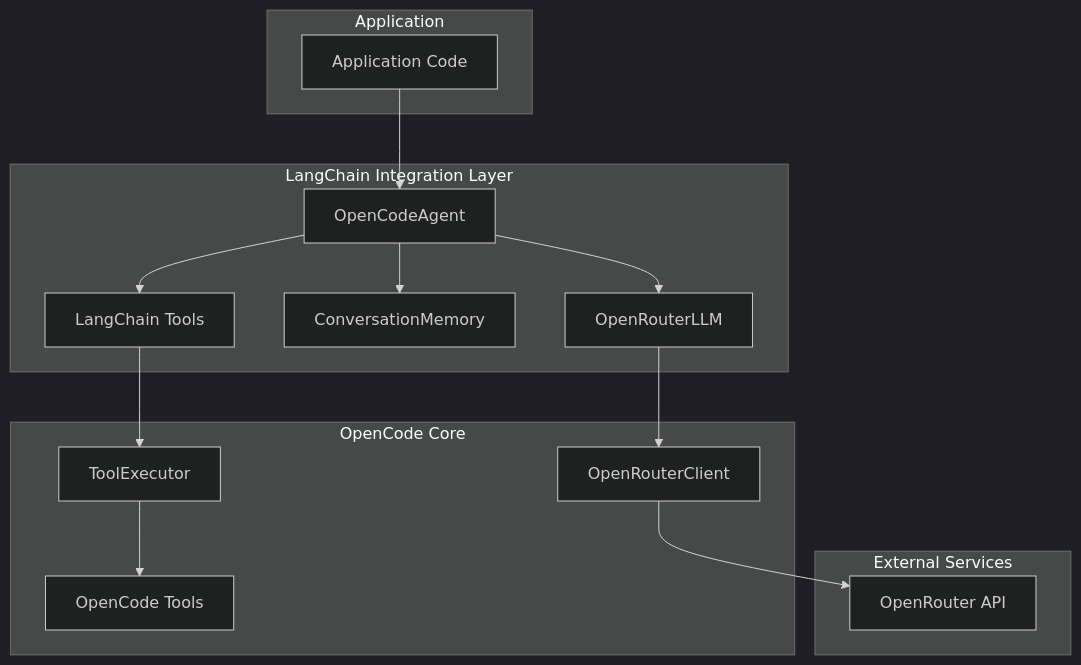
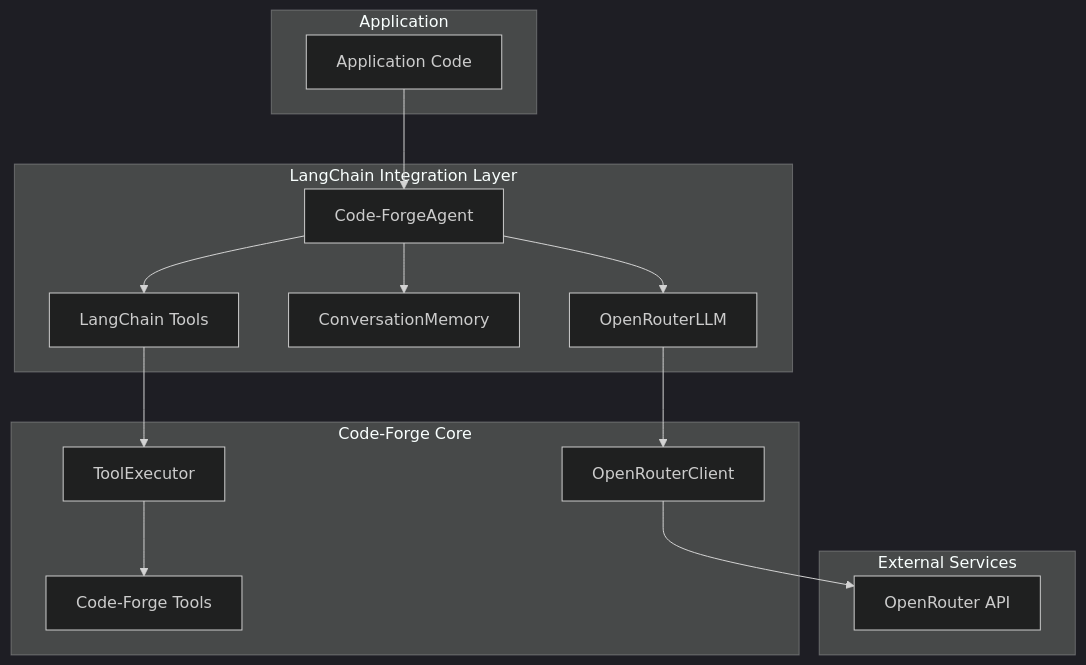
Diagram 14 of 14 in .ai/phase/3.2/UML.md (corey-rosamond/Code-Forge), drawn with Mermaid (dark theme) before and after one commit. The commit also changed other lines of this file and 505 other files, not shown here.

First line of the commit message:
Rename project from OpenCode to Code-Forge

````diff
--- a/.ai/phase/3.2/UML.md
+++ b/.ai/phase/3.2/UML.md
@@ -604,34 +604,34 @@
 ```mermaid
 flowchart TB
     subgraph Application
         APP[Application Code]
     end
 
     subgraph LangChainLayer["LangChain Integration Layer"]
-        AGENT[OpenCodeAgent]
+        AGENT[Code-ForgeAgent]
         LLM[OpenRouterLLM]
         MEMORY[ConversationMemory]
         TOOLS_LC[LangChain Tools]
     end
 
-    subgraph OpenCodeCore["OpenCode Core"]
+    subgraph Code-ForgeCore["Code-Forge Core"]
         CLIENT[OpenRouterClient]
-        TOOLS_OC[OpenCode Tools]
+        TOOLS_OC[Code-Forge Tools]
         EXECUTOR[ToolExecutor]
     end
 
     subgraph External["External Services"]
         OPENROUTER[OpenRouter API]
     end
 
     APP --> AGENT
     AGENT --> LLM
     AGENT --> MEMORY
     AGENT --> TOOLS_LC
 
     LLM --> CLIENT
     TOOLS_LC --> EXECUTOR
     EXECUTOR --> TOOLS_OC
 
     CLIENT --> OPENROUTER
 ```
````
